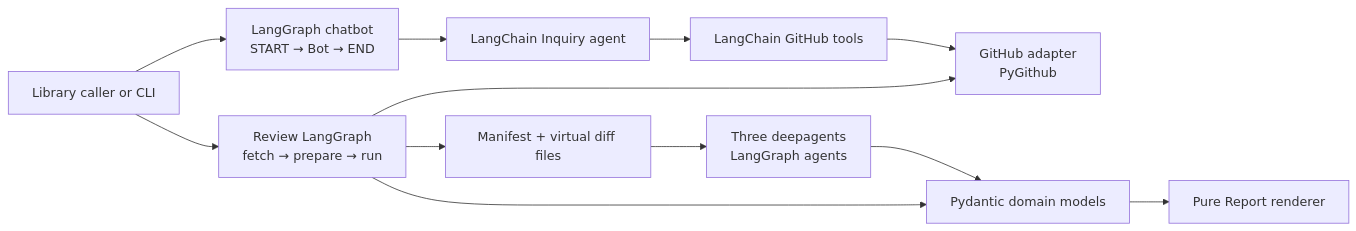
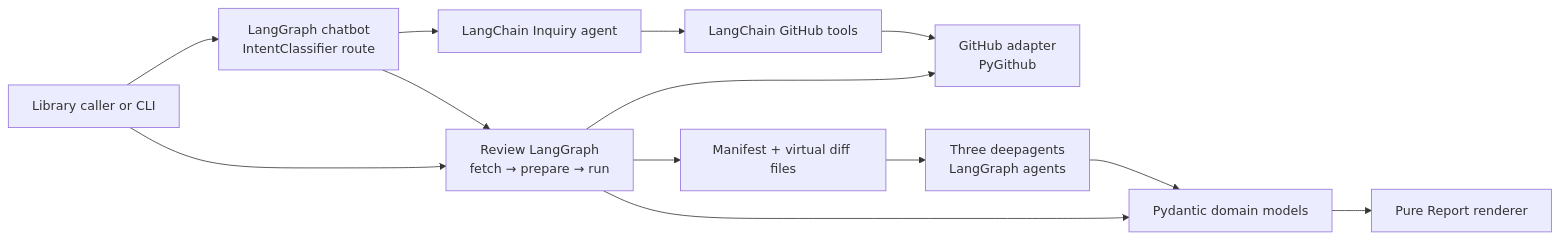
One commit to taipingeric/review_sheep changed the first of 2 diagrams in ARCHITECTURE.md. Above: the diagram before and after it, drawn with Mermaid. The commit also changed other lines of this file and 14 other files, not shown here.

First line of the commit message:
Refactor chatbot architecture to support intent classification for Inquiry and Review

````diff
--- a/ARCHITECTURE.md
+++ b/ARCHITECTURE.md
@@ -25,26 +25,27 @@
 ```mermaid
 flowchart LR
     Caller[Library caller or CLI]
-    Chat[LangGraph chatbot<br/>START → Bot → END]
+    Chat[LangGraph chatbot<br/>IntentClassifier route]
     Inquiry[LangChain Inquiry agent]
     Tools[LangChain GitHub tools]
     GitHub[GitHub adapter<br/>PyGithub]
     Review[Review LangGraph<br/>fetch → prepare → run]
     Workspace[Manifest + virtual diff files]
     Lenses[Three deepagents<br/>LangGraph agents]
     Models[Pydantic domain models]
     Report[Pure Report renderer]
 
     Caller --> Chat
     Chat --> Inquiry
+    Chat --> Review
     Inquiry --> Tools
     Tools --> GitHub
 
     Caller --> Review
     Review --> GitHub
     Review --> Workspace
     Workspace --> Lenses
     Lenses --> Models
     Review --> Models
     Models --> Report
 ```
````
